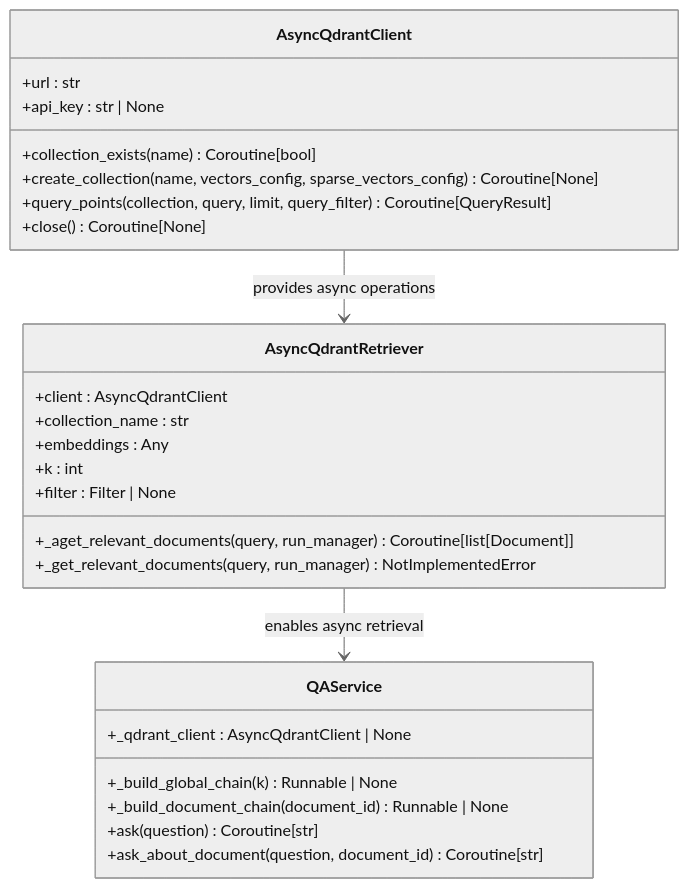
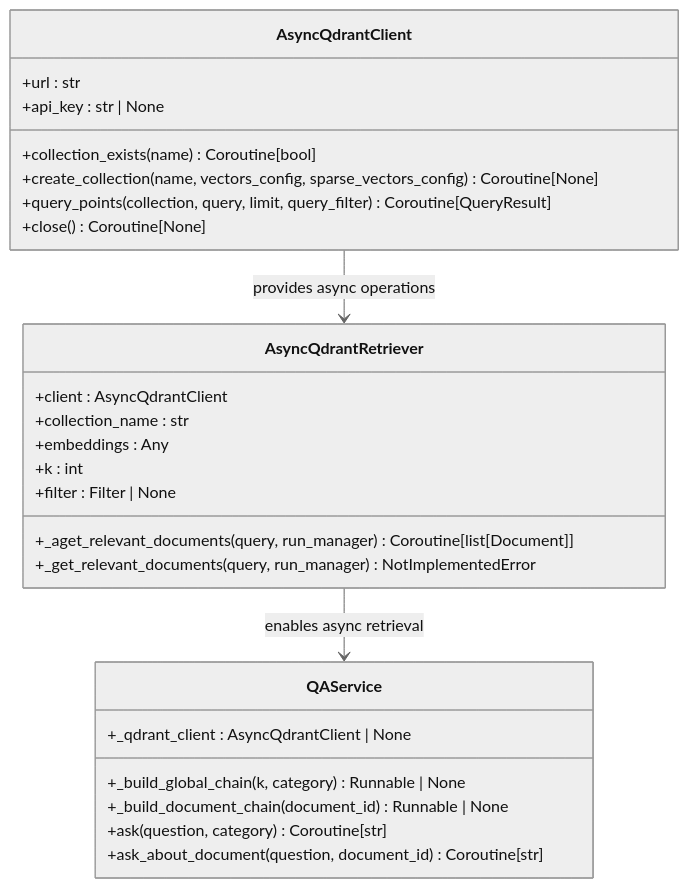
One commit to ognelis/cafetera_hr_bot changed diagram 18 of 29 in .qoder/repowiki/en/content/VK Integration/VK Integration.md. Above: the diagram before and after it, drawn with Mermaid (neutral theme). The commit also changed other lines of this file and 27 other files, not shown here.

````diff
--- a/.qoder/repowiki/en/content/VK Integration/VK Integration.md
+++ b/.qoder/repowiki/en/content/VK Integration/VK Integration.md
@@ -797,29 +990,29 @@
 ```mermaid
 classDiagram
 class AsyncQdrantClient {
 +url : str
 +api_key : str | None
 +collection_exists(name) Coroutine[bool]
 +create_collection(name, vectors_config, sparse_vectors_config) Coroutine[None]
 +query_points(collection, query, limit, query_filter) Coroutine[QueryResult]
 +close() Coroutine[None]
 }
 class AsyncQdrantRetriever {
 +client : AsyncQdrantClient
 +collection_name : str
 +embeddings : Any
 +k : int
 +filter : Filter | None
 +_aget_relevant_documents(query, run_manager) Coroutine[list[Document]]
 +_get_relevant_documents(query, run_manager) NotImplementedError
 }
 class QAService {
 +_qdrant_client : AsyncQdrantClient | None
-+_build_global_chain(k) Runnable | None
++_build_global_chain(k, category) Runnable | None
 +_build_document_chain(document_id) Runnable | None
-+ask(question) Coroutine[str]
++ask(question, category) Coroutine[str]
 +ask_about_document(question, document_id) Coroutine[str]
 }
 AsyncQdrantClient --> AsyncQdrantRetriever : provides async operations
 AsyncQdrantRetriever --> QAService : enables async retrieval
 ```
````
